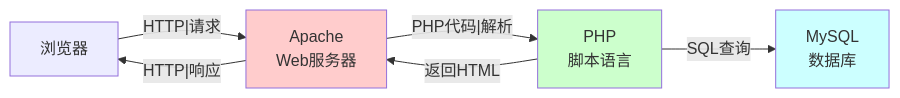
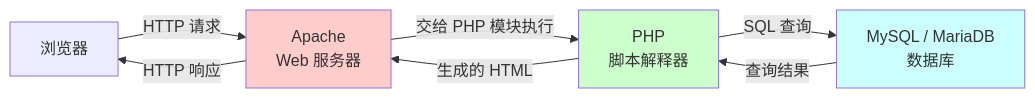
The first of 2 diagrams in content/linux/web_service/Chapter-42-LAMP-LEMP-Environment.md (before80/prgms), drawn with Mermaid before and after one commit. The commit also changed other lines of this file and 1645 other files, not shown here.

````diff
--- a/content/linux/web_service/Chapter-42-LAMP-LEMP-Environment.md
+++ b/content/linux/web_service/Chapter-42-LAMP-LEMP-Environment.md
@@ -24,11 +24,12 @@
 ```mermaid
 graph LR
-    A["浏览器"] -->|"HTTP|请求"| B["Apache<br/>Web服务器"]
-    B -->|"PHP代码|解析"| C["PHP<br/>脚本语言"]
-    C -->|"SQL查询"| D["MySQL<br/>数据库"]
-    C -->|"返回HTML"| B
-    B -->|"HTTP|响应"| A
+    A["浏览器"] -->|"HTTP 请求"| B["Apache<br/>Web 服务器"]
+    B -->|"交给 PHP 模块执行"| C["PHP<br/>脚本解释器"]
+    C -->|"SQL 查询"| D["MySQL / MariaDB<br/>数据库"]
+    D -->|"查询结果"| C
+    C -->|"生成的 HTML"| B
+    B -->|"HTTP 响应"| A
     style B fill:#ffcccc
     style C fill:#ccffcc
     style D fill:#ccffff
 ```
````
